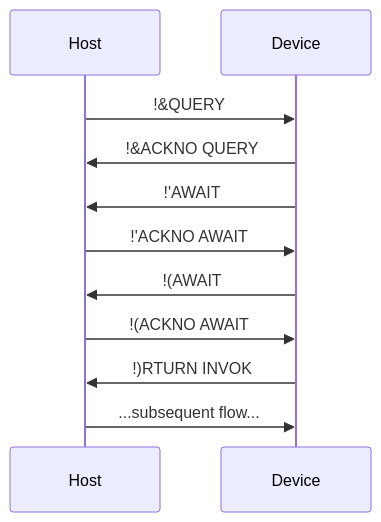
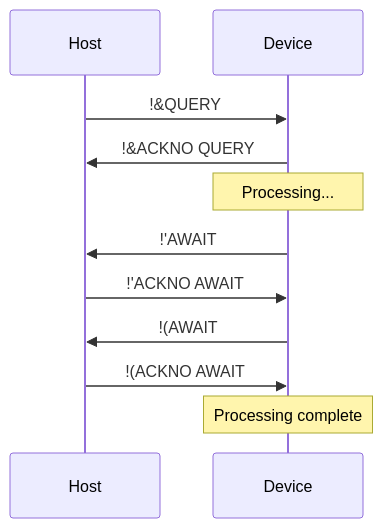
The fifth of 11 diagrams in Specification.md (lingrottin/PK-Command), drawn with Mermaid before and after one commit. The commit also changed other lines of this file and 14 other files, not shown here.

````diff
--- a/Specification.md
+++ b/Specification.md
@@ -170,13 +220,13 @@
 ```mermaid
 sequenceDiagram
     participant H as Host
     participant D as Device
     H->>D: !&QUERY
     D->>H: !&ACKNO QUERY
+    Note over D: Processing...
     D->>H: !'AWAIT
     H->>D: !'ACKNO AWAIT
     D->>H: !(AWAIT
     H->>D: !(ACKNO AWAIT
-    D->>H: !)RTURN INVOK
-    H->>D: ...subsequent flow...
+    Note over D: Processing complete
 ```
````
